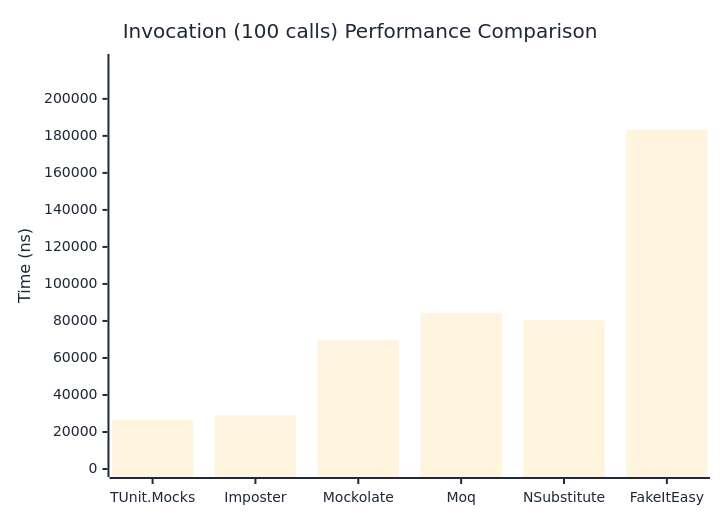
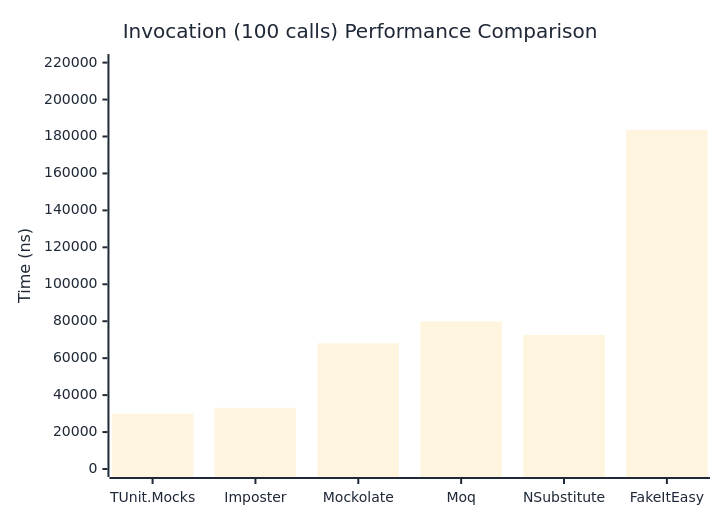
The third of 3 diagrams in docs/docs/benchmarks/mocks/Invocation.md (thomhurst/TUnit), drawn with Mermaid before and after one commit. The commit also changed other lines of this file and 14 other files, not shown here.

````diff
--- a/docs/docs/benchmarks/mocks/Invocation.md
+++ b/docs/docs/benchmarks/mocks/Invocation.md
@@ -110,27 +110,27 @@
 ```mermaid
 %%{init: {
   'theme':'base',
   'themeVariables': {
     'primaryColor': '#2563eb',
     'primaryTextColor': '#1f2937',
     'primaryBorderColor': '#1e40af',
     'lineColor': '#6b7280',
     'secondaryColor': '#7c3aed',
     'tertiaryColor': '#dc2626',
     'background': '#ffffff',
     'pie1': '#2563eb',
     'pie2': '#7c3aed',
     'pie3': '#dc2626',
     'pie4': '#f59e0b',
     'pie5': '#10b981',
     'pie6': '#06b6d4',
     'pie7': '#ec4899',
     'pie8': '#6366f1'
   }
 }}%%
 xychart-beta
   title "Invocation (100 calls) Performance Comparison"
   x-axis ["TUnit.Mocks", "Imposter", "Mockolate", "Moq", "NSubstitute", "FakeItEasy"]
-  y-axis "Time (ns)" 0 --> 219916
-  bar [26485.8, 28986.1, 69518.2, 84395.4, 80340.1, 183263.1]
+  y-axis "Time (ns)" 0 --> 220329
+  bar [29882.5, 33114.8, 68052.9, 79886, 72527.9, 183607]
 ```
````
